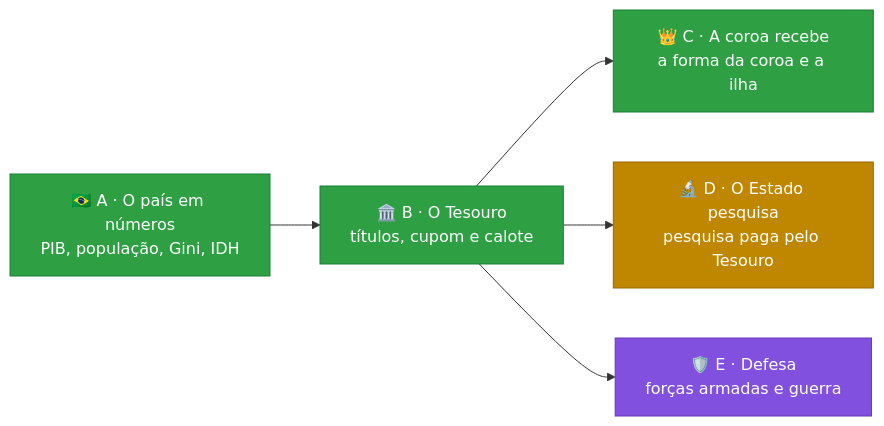
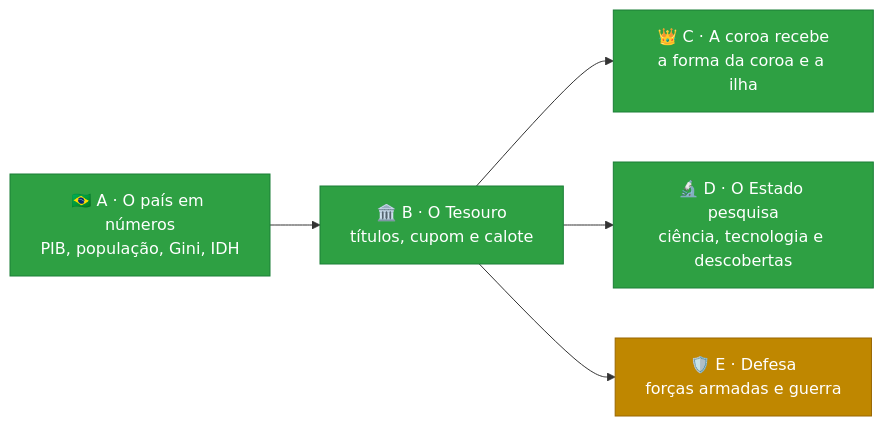
One commit to Lhordriyon/Calculadora-Viva changed the diagram in README.md. Above: the diagram before and after it, drawn with Mermaid. The commit also changed other lines of this file and 1 other file, not shown here.

````diff
--- a/README.md
+++ b/README.md
@@ -50,10 +51,10 @@
 ```mermaid
 flowchart LR
   A["🇧🇷 A · O país em números<br/>PIB, população, Gini, IDH"]:::feito --> B["🏛️ B · O Tesouro<br/>títulos, cupom e calote"]:::feito
   B --> C["👑 C · A coroa recebe<br/>a forma da coroa e a ilha"]:::feito
-  B --> D["🔬 D · O Estado pesquisa<br/>pesquisa paga pelo Tesouro"]:::proximo
-  B --> E["🛡️ E · Defesa<br/>forças armadas e guerra"]:::depois
+  B --> D["🔬 D · O Estado pesquisa<br/>ciência, tecnologia e descobertas"]:::feito
+  B --> E["🛡️ E · Defesa<br/>forças armadas e guerra"]:::proximo
   classDef feito fill:#2ea043,stroke:#1a7f37,color:#fff
   classDef proximo fill:#bf8700,stroke:#9a6700,color:#fff
   classDef depois fill:#8250df,stroke:#6639ba,color:#fff
 ```
````
